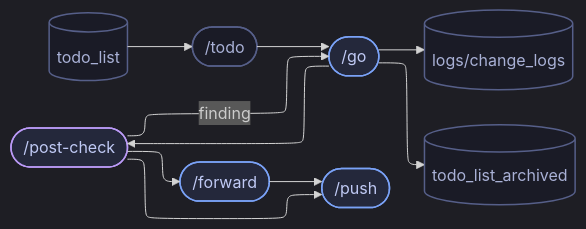
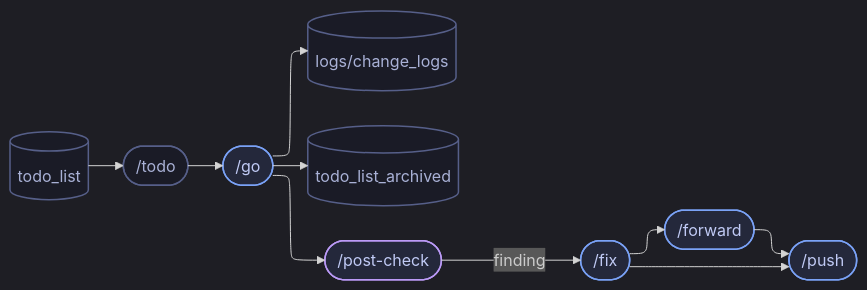
Before and after one commit to LeanderLXZ/holo: the second of 3 diagrams in README.md, drawn with Mermaid. The commit also changed other lines of this file and 11 other files, not shown here.

````diff
--- a/README.md
+++ b/README.md
@@ -225,22 +230,22 @@
 ```mermaid
 %%{init: {'theme':'dark', 'flowchart': {'defaultRenderer': 'elk'}}}%%
 flowchart LR
   TodoList[("todo_list")] --> Todo(["/todo"])
   Todo --> Go(["/go"])
   Go --> Logs[("logs/change_logs")]
   Go --> Archived[("todo_list_archived")]
   Go --> Check(["/post-check"])
-  Check -- finding --> Go
-  Check --> Forward(["/forward"])
-  Check --> Push(["/push"])
+  Check -- finding --> Fix(["/fix"])
+  Fix --> Forward(["/forward"])
+  Fix --> Push(["/push"])
   Forward --> Push
 
   classDef workflow fill:#24283b,stroke:#7aa2f7,color:#c0caf5,stroke-width:1.5px
   classDef review fill:#24283b,stroke:#bb9af7,color:#c0caf5,stroke-width:1.5px
   classDef inventory fill:#1a1b26,stroke:#565f89,color:#a9b1d6,stroke-width:1.5px
   classDef data fill:#1a1b26,stroke:#565f89,color:#a9b1d6,stroke-width:1.5px
-  class Go,Forward,Push workflow
+  class Go,Forward,Push,Fix workflow
   class Check review
   class Todo inventory
   class TodoList,Logs,Archived data
 ```
````
